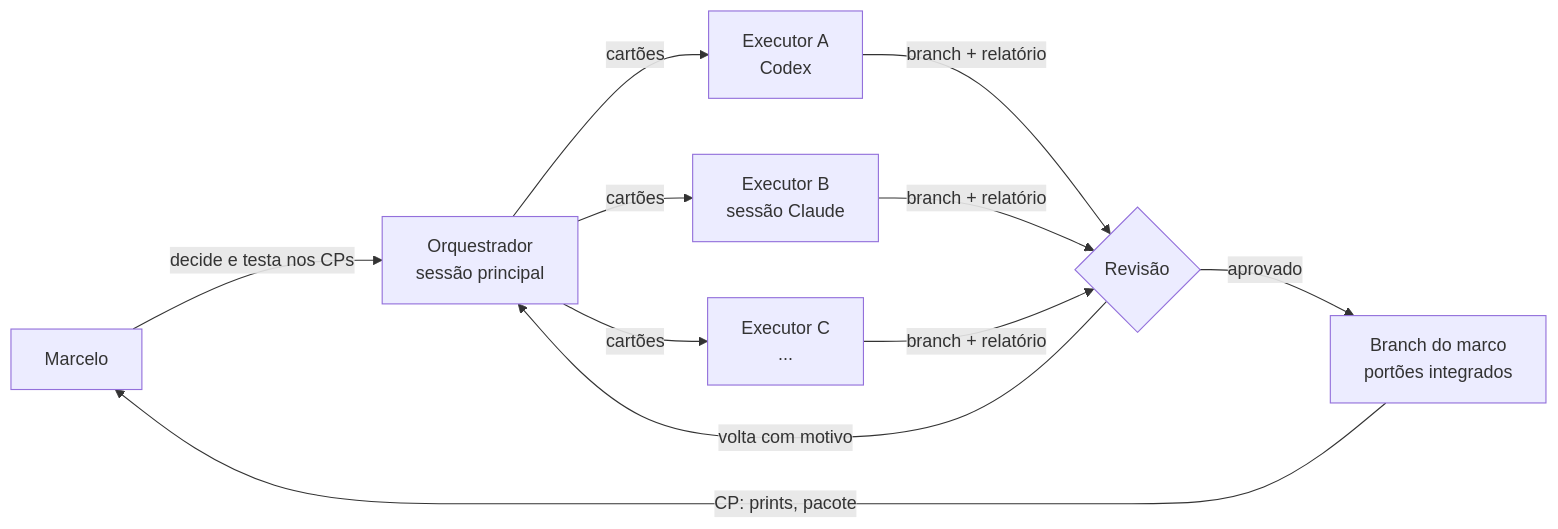
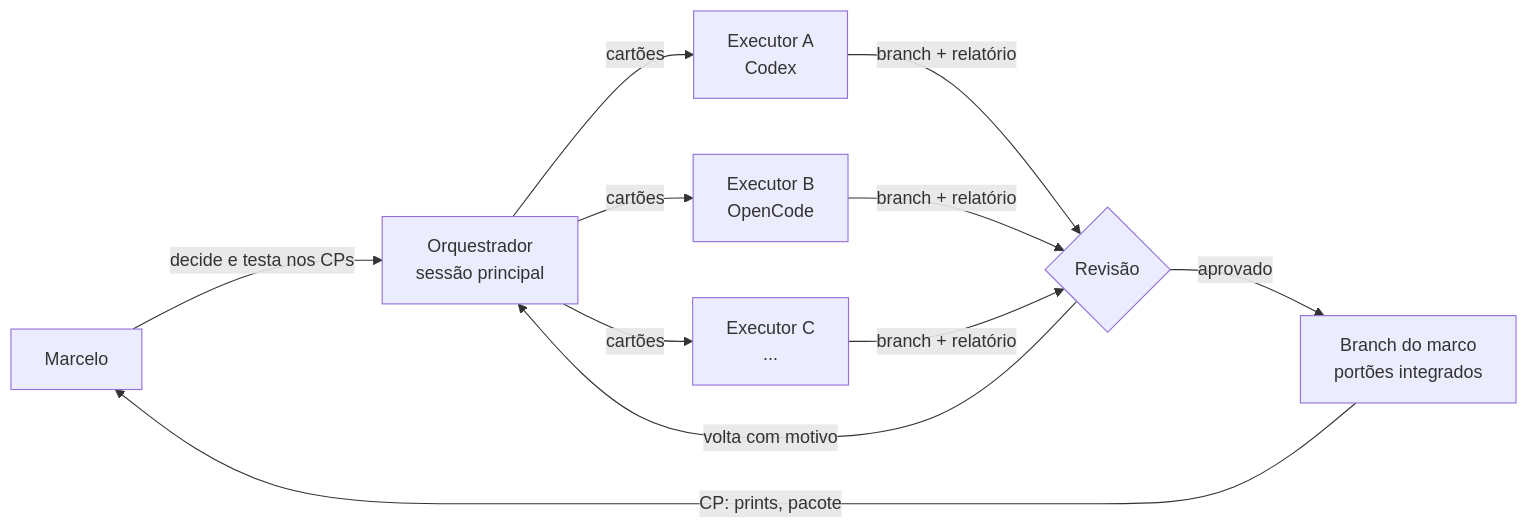
One commit to Marcelao98/Fierium changed the first of 2 diagrams in docs/ORQUESTRACAO.md. Above: the diagram before and after it, drawn with Mermaid. The commit also changed other lines of this file and 4 other files, not shown here.

First line of the commit message:
Executores passam a ser Codex e OpenCode; o Claude só orquestra e revisa no fim (D28)

````diff
--- a/docs/ORQUESTRACAO.md
+++ b/docs/ORQUESTRACAO.md
@@ -12,13 +12,13 @@
 ```mermaid
 flowchart LR
   M[Marcelo] -- decide e testa nos CPs --> O[Orquestrador<br/>sessão principal]
   O -- cartões --> E1[Executor A<br/>Codex]
-  O -- cartões --> E2[Executor B<br/>sessão Claude]
+  O -- cartões --> E2[Executor B<br/>OpenCode]
   O -- cartões --> E3[Executor C<br/>...]
   E1 -- branch + relatório --> R{Revisão}
   E2 -- branch + relatório --> R
   E3 -- branch + relatório --> R
   R -- aprovado --> I[Branch do marco<br/>portões integrados]
   R -- volta com motivo --> O
   I -- CP: prints, pacote --> M
 ```
````
